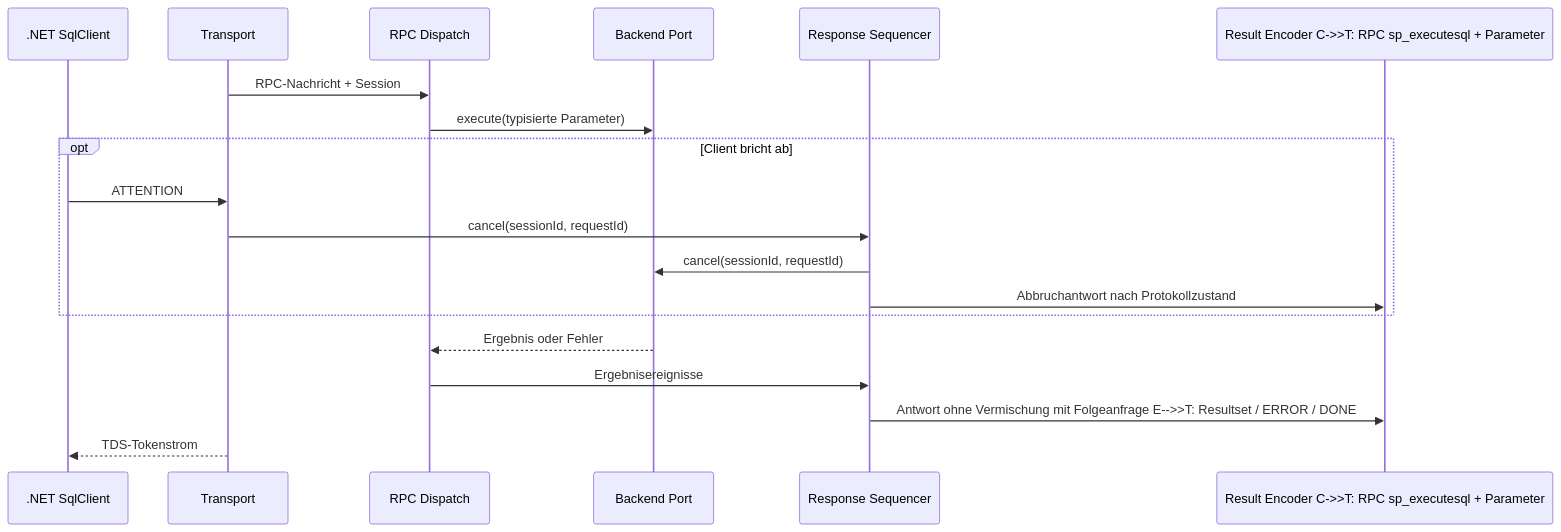
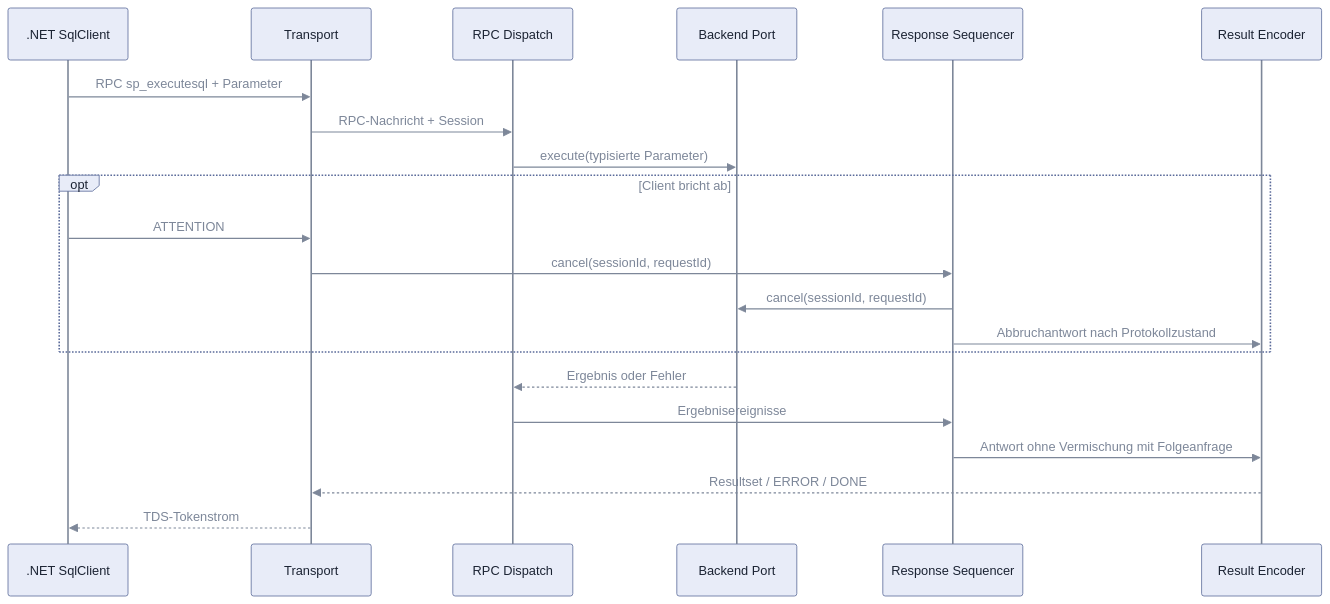
One commit to pt9912/tdswire changed the fourth of 5 diagrams in spec/architecture.md. Above: the diagram before and after it, drawn with Mermaid. The commit also changed other lines of this file, not shown here.

Commit message:
Sequenzdiagramme lesbar in hellem und dunklem Theme, fehlende Zeilenumbrüche in zwei Diagrammen ergänzt (TDS-QA-05)

````diff
--- a/spec/architecture.md
+++ b/spec/architecture.md
@@ -149,20 +151,24 @@
 ```mermaid
-sequenceDiagram    participant C as .NET SqlClient
+%%{init: {'theme': 'base', 'themeVariables': {'lineColor': '#7d8799', 'primaryColor': '#e8ecf8', 'primaryTextColor': '#1b2333', 'primaryBorderColor': '#5b6b9a', 'actorBkg': '#e8ecf8', 'actorBorder': '#5b6b9a', 'actorTextColor': '#1b2333', 'actorLineColor': '#7d8799', 'signalColor': '#7d8799', 'signalTextColor': '#7d8799', 'labelBoxBkgColor': '#e8ecf8', 'labelBoxBorderColor': '#5b6b9a', 'labelTextColor': '#1b2333', 'loopTextColor': '#7d8799', 'noteBkgColor': '#e8ecf8', 'noteTextColor': '#1b2333', 'noteBorderColor': '#5b6b9a'}}}%%
+sequenceDiagram
+    participant C as .NET SqlClient
     participant T as Transport
     participant D as RPC Dispatch
     participant B as Backend Port
     participant Q as Response Sequencer
-    participant E as Result Encoder    C->>T: RPC sp_executesql + Parameter
+    participant E as Result Encoder
+    C->>T: RPC sp_executesql + Parameter
     T->>D: RPC-Nachricht + Session
     D->>B: execute(typisierte Parameter)
     opt Client bricht ab
         C->>T: ATTENTION
         T->>Q: cancel(sessionId, requestId)
         Q->>B: cancel(sessionId, requestId)
         Q->>E: Abbruchantwort nach Protokollzustand
     end
     B-->>D: Ergebnis oder Fehler
     D->>Q: Ergebnisereignisse
-    Q->>E: Antwort ohne Vermischung mit Folgeanfrage    E-->>T: Resultset / ERROR / DONE
+    Q->>E: Antwort ohne Vermischung mit Folgeanfrage
+    E-->>T: Resultset / ERROR / DONE
     T-->>C: TDS-Tokenstrom
 ```
````
